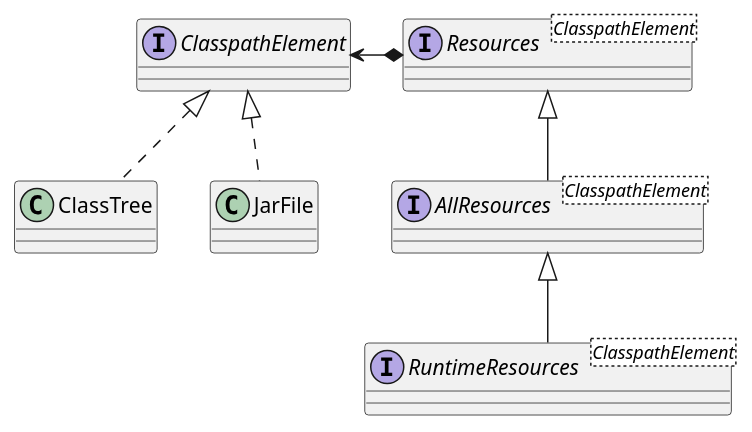
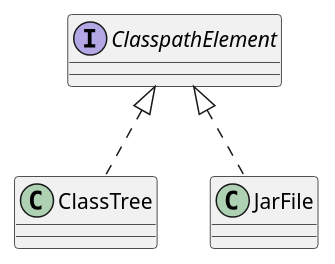
One commit to mnlipp/JDrupes-Builder changed the fifth of 5 diagrams in overview.md. Above: the diagram before and after it, drawn with PlantUML. The commit also changed 72 other files, not shown here.

```diff
--- a/overview.md
+++ b/overview.md
@@ -64,17 +64,8 @@
 @startuml java-base-types.svg
 class ClassTree
 class JarFile
 interface ClasspathElement
 
 ClasspathElement <|.down. JarFile
 ClasspathElement <|.down. ClassTree
-
-interface Resources<ClasspathElement>
-Resources *-left-> ClasspathElement
-
-interface AllResources<ClasspathElement>
-Resources <|-- AllResources
-
-interface RuntimeResources<ClasspathElement>
-AllResources <|-- RuntimeResources
 @enduml
```
